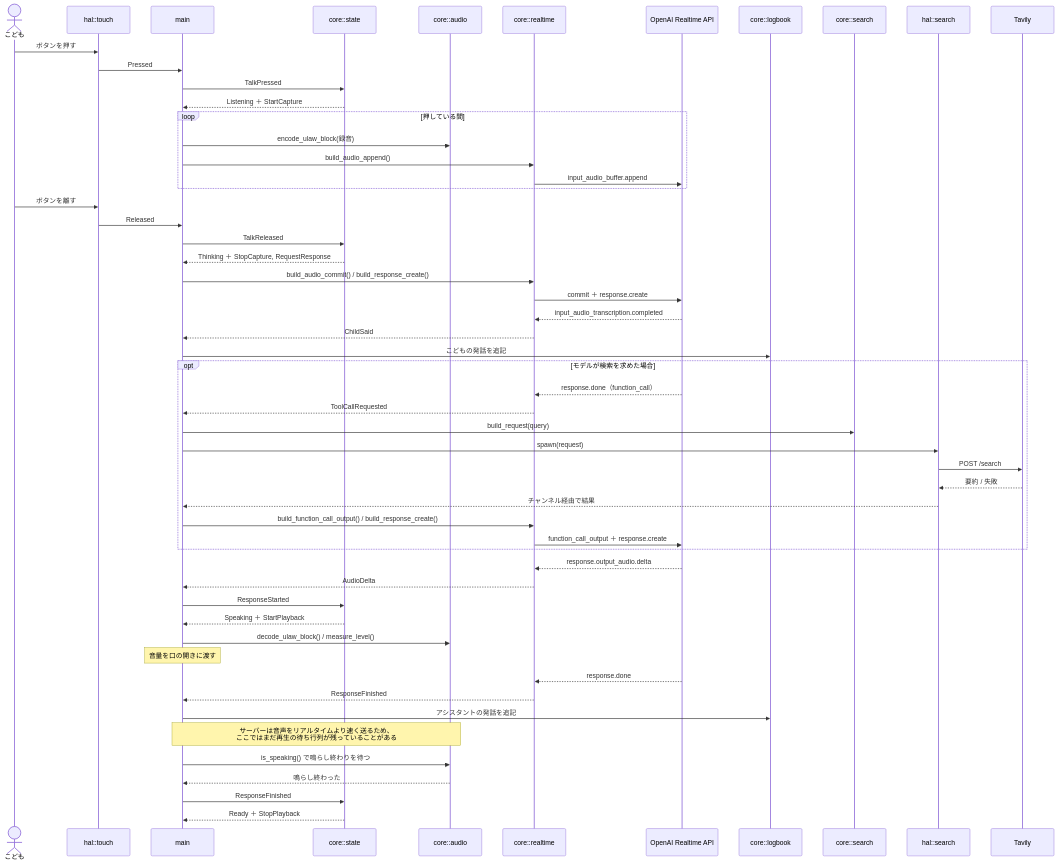
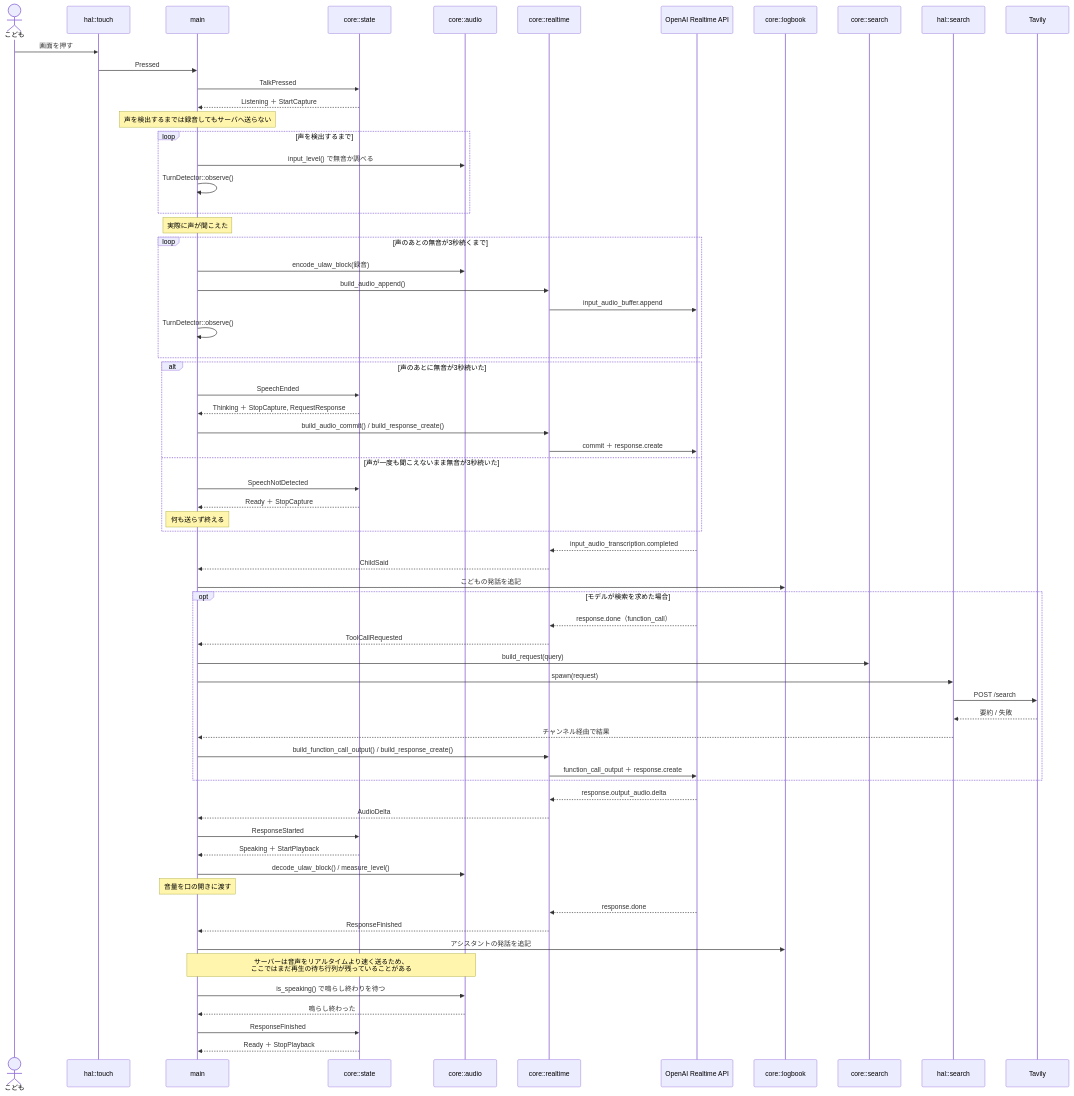
Before and after one commit to kibou-vision/m5a: the second of 3 diagrams in docs/design/conversation.md, drawn with Mermaid. The commit also changed 8 other files, not shown here.

````diff
--- a/docs/design/conversation.md
+++ b/docs/design/conversation.md
@@ -35,64 +35,76 @@
 ```mermaid
 sequenceDiagram
   actor Child as こども
   participant Touch as hal::touch
   participant Main as main
   participant State as core::state
   participant Audio as core::audio
   participant Proto as core::realtime
   participant API as OpenAI Realtime API
   participant Log as core::logbook
   participant Search as core::search
   participant HalSearch as hal::search
   participant Tavily as Tavily
 
-  Child->>Touch: ボタンを押す
+  Child->>Touch: 画面を押す
   Touch->>Main: Pressed
   Main->>State: TalkPressed
   State-->>Main: Listening ＋ StartCapture
+  Note over Main: 声を検出するまでは録音してもサーバへ送らない
 
-  loop 押している間
+  loop 声を検出するまで
+    Main->>Audio: input_level() で無音か調べる
+    Main->>Main: TurnDetector::observe()
+  end
+
+  Note over Main: 実際に声が聞こえた
+  loop 声のあとの無音が3秒続くまで
     Main->>Audio: encode_ulaw_block(録音)
     Main->>Proto: build_audio_append()
     Proto->>API: input_audio_buffer.append
+    Main->>Main: TurnDetector::observe()
   end
 
-  Child->>Touch: ボタンを離す
-  Touch->>Main: Released
-  Main->>State: TalkReleased
-  State-->>Main: Thinking ＋ StopCapture, RequestResponse
-  Main->>Proto: build_audio_commit() / build_response_create()
-  Proto->>API: commit ＋ response.create
+  alt 声のあとに無音が3秒続いた
+    Main->>State: SpeechEnded
+    State-->>Main: Thinking ＋ StopCapture, RequestResponse
+    Main->>Proto: build_audio_commit() / build_response_create()
+    Proto->>API: commit ＋ response.create
+  else 声が一度も聞こえないまま無音が3秒続いた
+    Main->>State: SpeechNotDetected
+    State-->>Main: Ready ＋ StopCapture
+    Note over Main: 何も送らず終える
+  end
 
   API-->>Proto: input_audio_transcription.completed
   Proto-->>Main: ChildSaid
   Main->>Log: こどもの発話を追記
 
   opt モデルが検索を求めた場合
     API-->>Proto: response.done（function_call）
     Proto-->>Main: ToolCallRequested
     Main->>Search: build_request(query)
     Main->>HalSearch: spawn(request)
     HalSearch->>Tavily: POST /search
     Tavily-->>HalSearch: 要約 / 失敗
     HalSearch-->>Main: チャンネル経由で結果
     Main->>Proto: build_function_call_output() / build_response_create()
     Proto->>API: function_call_output ＋ response.create
   end
 
   API-->>Proto: response.output_audio.delta
   Proto-->>Main: AudioDelta
   Main->>State: ResponseStarted
   State-->>Main: Speaking ＋ StartPlayback
   Main->>Audio: decode_ulaw_block() / measure_level()
   Note over Main: 音量を口の開きに渡す
 
   API-->>Proto: response.done
   Proto-->>Main: ResponseFinished
   Main->>Log: アシスタントの発話を追記
   Note over Main,Audio: サーバーは音声をリアルタイムより速く送るため、<br/>ここではまだ再生の待ち行列が残っていることがある
   Main->>Audio: is_speaking() で鳴らし終わりを待つ
   Audio-->>Main: 鳴らし終わった
   Main->>State: ResponseFinished
   State-->>Main: Ready ＋ StopPlayback
 ```
````
